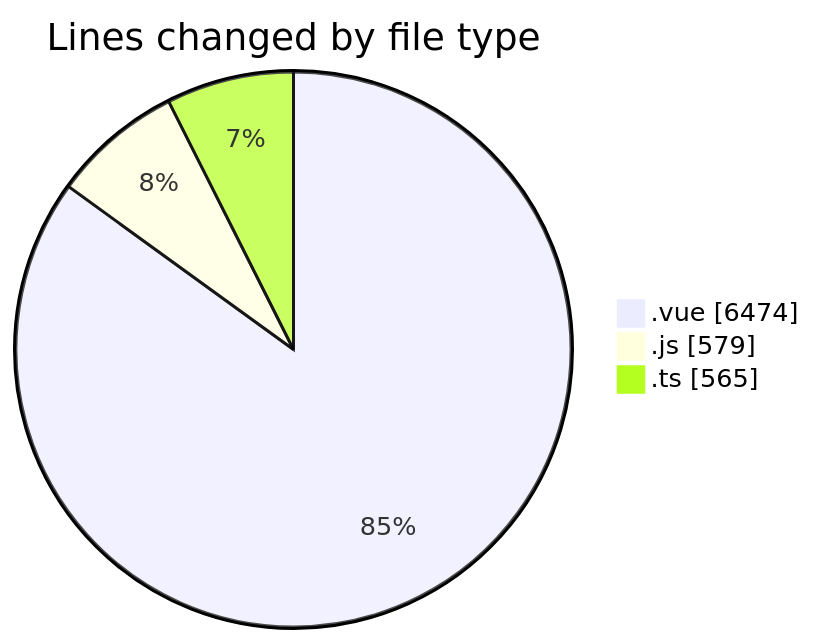
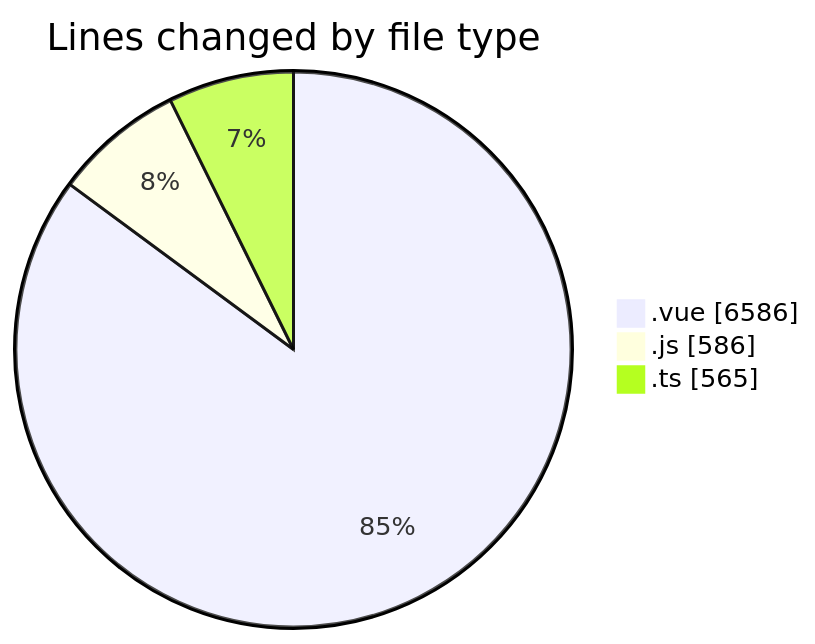
One commit to lephambinh05/code-tracking changed the first of 2 diagrams in 2025-08-13/rentotp/README.md. Above: the diagram before and after it, drawn with Mermaid. The commit also changed other lines of this file and 1 other file, not shown here.

````diff
--- a/2025-08-13/rentotp/README.md
+++ b/2025-08-13/rentotp/README.md
@@ -35,7 +35,7 @@
 ```mermaid
 pie showData
 title Lines changed by file type
-".vue" : 6474
-".js" : 579
+".vue" : 6586
+".js" : 586
 ".ts" : 565
 ```
````
